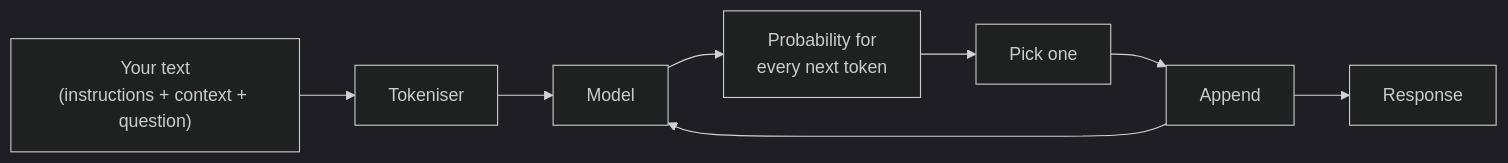
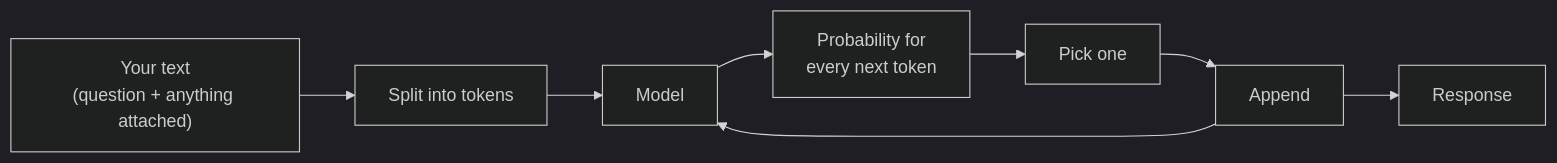
The diagram in _source/course/B1/llm.md (matheus-sancha/AI-Academy), drawn with Mermaid (dark theme) before and after one commit. The commit also changed other lines of this file and 11 other files, not shown here.

````diff
--- a/_source/course/B1/llm.md
+++ b/_source/course/B1/llm.md
@@ -41,10 +32,10 @@
 ```mermaid
 flowchart LR
-  A["Your text<br/>(instructions + context + question)"] --> B[Tokeniser]
+  A["Your text<br/>(question + anything attached)"] --> B[Split into tokens]
   B --> C[Model]
   C --> D["Probability for<br/>every next token"]
   D --> E[Pick one]
   E --> F[Append]
   F --> C
   F --> G[Response]
 ```
````
